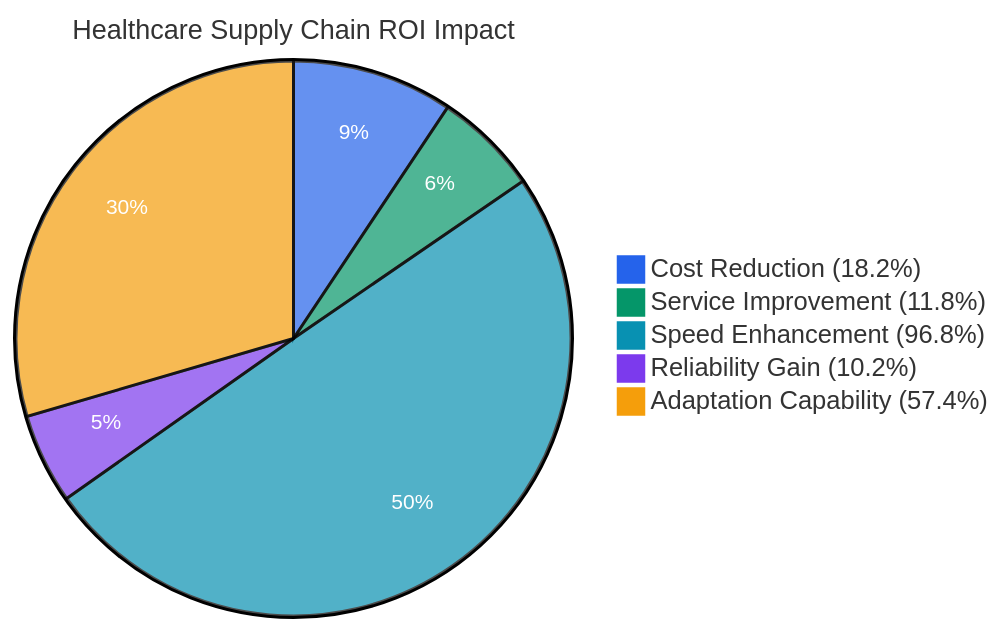
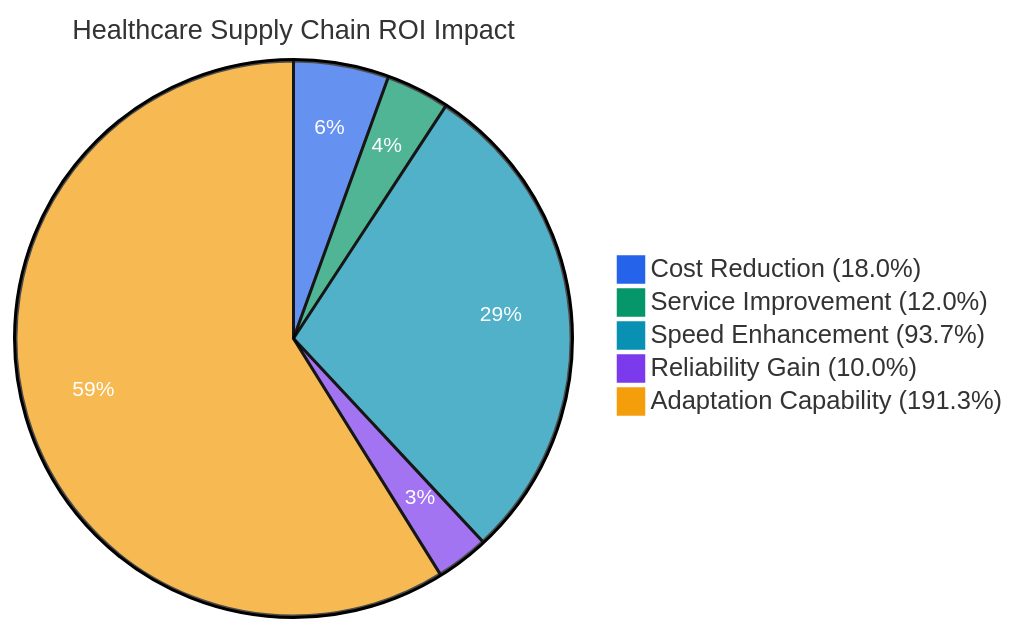
One commit to abhijit-ubale/JBL_stuff changed the first of 15 diagrams in README.md. Above: the diagram before and after it, drawn with Mermaid. The commit also changed other lines of this file and 43 other files, not shown here.

````diff
--- a/README.md
+++ b/README.md
@@ -60,24 +60,24 @@
 ```mermaid
 %%{init: {
   'theme': 'base',
   'themeVariables': {
     'pie1': '#2563EB',
     'pie2': '#059669',
     'pie3': '#0891B2',
     'pie4': '#7C3AED',
     'pie5': '#F59E0B',
     'pieOuterStrokeWidth': '2px',
     'pieSectionTextColor': '#FFFFFF',
     'pieTitleTextSize': '18px',
     'pieSectionTextSize': '14px',
     'background': '#FFFFFF',
     'fontFamily': 'Inter, system-ui, sans-serif'
   }
 }}%%
 pie title Healthcare Supply Chain ROI Impact
-    "Cost Reduction (18.2%)" : 18.2
-    "Service Improvement (11.8%)" : 11.8
-    "Speed Enhancement (96.8%)" : 96.8
-    "Reliability Gain (10.2%)" : 10.2
-    "Adaptation Capability (57.4%)" : 57.4
+    "Cost Reduction (18.0%)" : 18.0
+    "Service Improvement (12.0%)" : 12.0
+    "Speed Enhancement (93.7%)" : 93.7
+    "Reliability Gain (10.0%)" : 10.0
+    "Adaptation Capability (191.3%)" : 191.3
 ```
````
